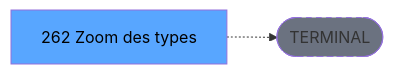
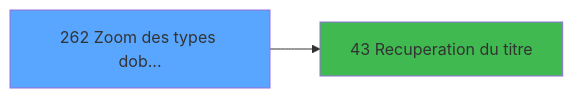
Before and after one commit to thonyAGP/magic-migration: the third of 3 diagrams in .openspec/specs/ADH-IDE-262.md, drawn with Mermaid. The commit also changed other lines of this file and 493 other files, not shown here.

````diff
--- a/.openspec/specs/ADH-IDE-262.md
+++ b/.openspec/specs/ADH-IDE-262.md
@@ -138,8 +189,8 @@
 ```mermaid
 graph LR
-    T[262 Zoom  des types]
-    TERM([TERMINAL])
-    T -.-> TERM
-    style TERM fill:#6b7280,stroke-dasharray: 5 5
-    style T fill:#58a6ff,color:#000
+    T262[262 Zoom des types dob...]
+    style T262 fill:#58a6ff
+    C43[43 Recuperation du titre]
+    T262 --> C43
+    style C43 fill:#3fb950
 ```
````
